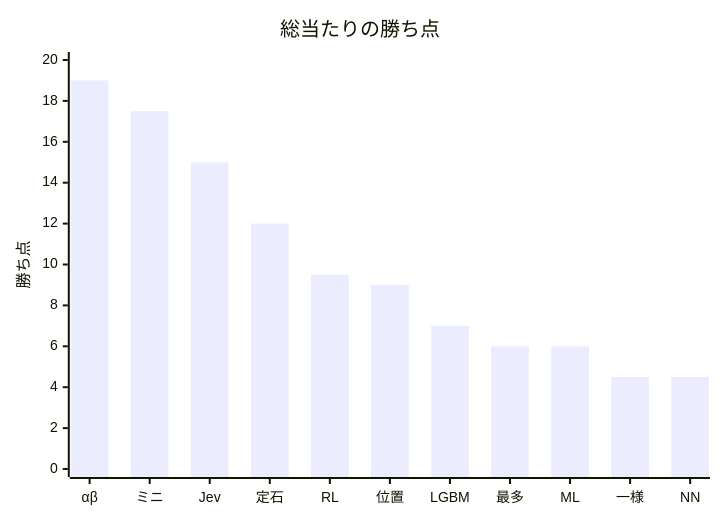
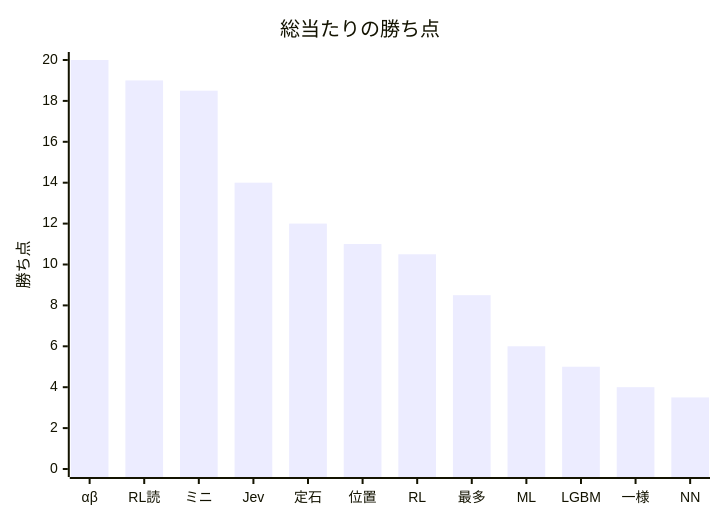
One commit to gnkm/reversi-ai changed the diagram in docs/benchmarks/round-robin.md. Above: the diagram before and after it, drawn with Mermaid. The commit also changed other lines of this file and 3 other files, not shown here.

````diff
--- a/docs/benchmarks/round-robin.md
+++ b/docs/benchmarks/round-robin.md
@@ -35,7 +36,7 @@
 ```mermaid
 xychart-beta
     title "総当たりの勝ち点"
-    x-axis ["αβ", "ミニ", "Jev", "定石", "RL", "位置", "LGBM", "最多", "ML", "一様", "NN"]
+    x-axis ["αβ", "RL読", "ミニ", "Jev", "定石", "位置", "RL", "最多", "ML", "LGBM", "一様", "NN"]
     y-axis "勝ち点" 0 --> 20
-    bar [19, 17.5, 15, 12, 9.5, 9, 7, 6, 6, 4.5, 4.5]
+    bar [20, 19, 18.5, 14, 12, 11, 10.5, 8.5, 6, 5, 4, 3.5]
 ```
````
